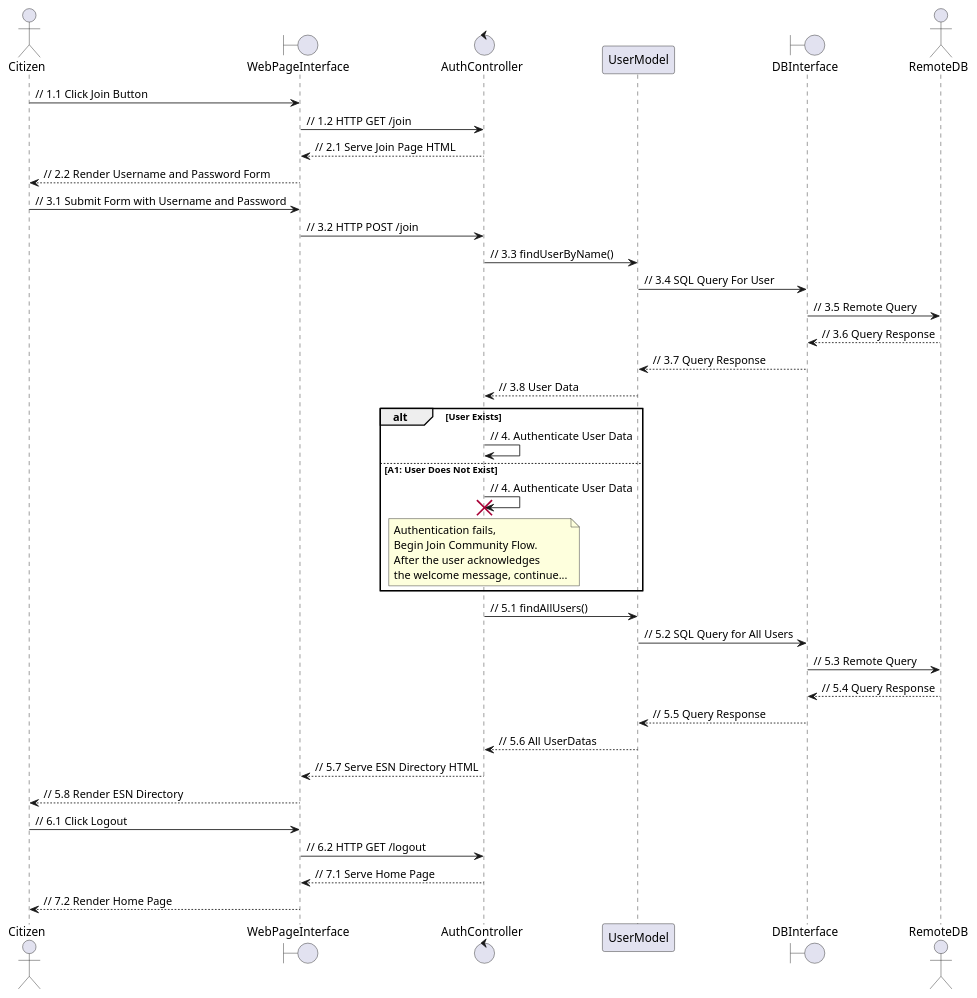
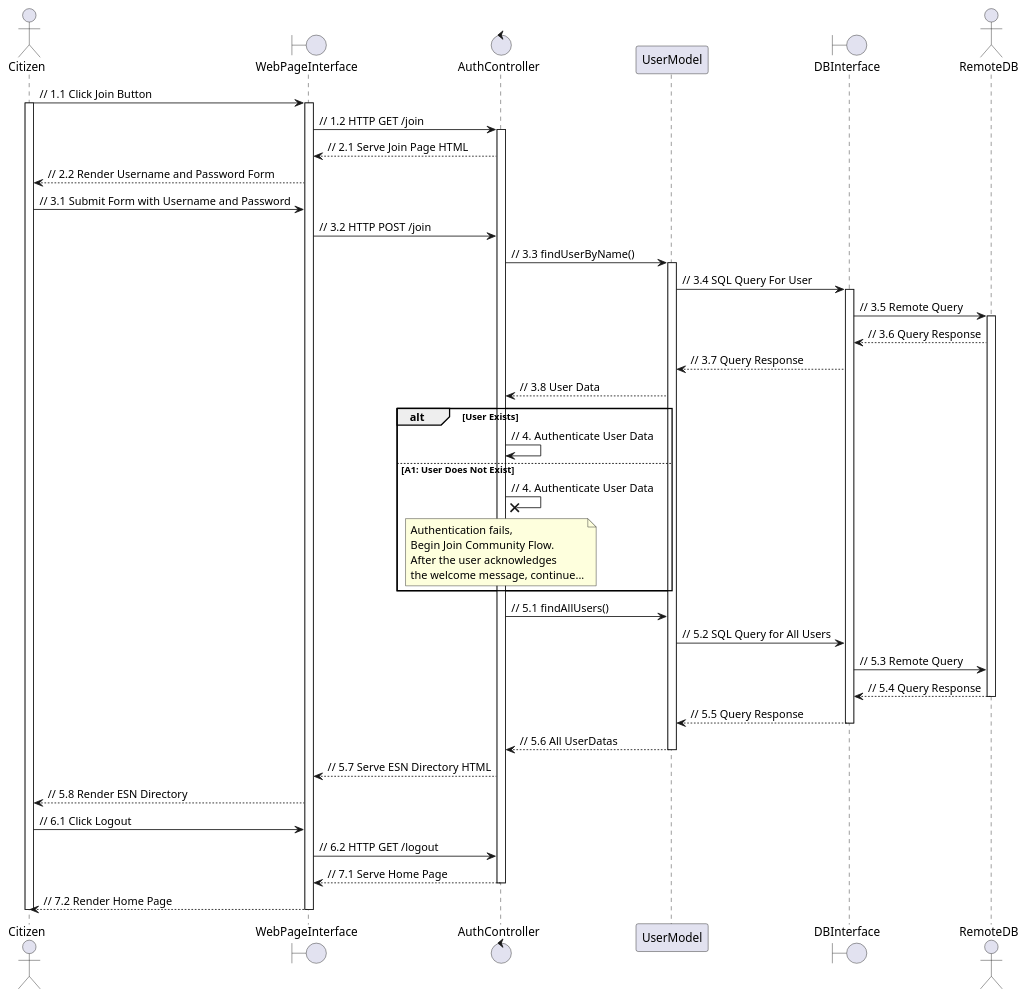
Before and after one commit to Lorilandly/ESN: the diagram in docs/ooa/login-logout/sequence.puml, drawn with PlantUML.

Commit message:
Add lifespans to participants

```diff
--- a/docs/ooa/login-logout/sequence.puml
+++ b/docs/ooa/login-logout/sequence.puml
@@ -1,52 +1,64 @@
 @startuml
 
 actor Citizen as c
 boundary WebPageInterface as w
 control AuthController as a
 participant UserModel as u
 boundary DBInterface as db
 actor RemoteDB as rdb
 
 c -> w : // 1.1 Click Join Button
+activate c
+activate w
 w -> a : // 1.2 HTTP GET /join
+activate a
 a --> w : // 2.1 Serve Join Page HTML 
 w --> c : // 2.2 Render Username and Password Form
 c -> w : // 3.1 Submit Form with Username and Password
 w -> a : // 3.2 HTTP POST /join
 a -> u : // 3.3 findUserByName()
+activate u
 u -> db : // 3.4 SQL Query For User
+activate db
 db -> rdb : // 3.5 Remote Query
+activate rdb
 rdb --> db : // 3.6 Query Response
 db --> u : // 3.7 Query Response
 u --> a : // 3.8 User Data
 
 alt User Exists
 a -> a : // 4. Authenticate User Data
 
 else A1: User Does Not Exist
 
-a -> a !! : // 4. Authenticate User Data
+a ->x a : // 4. Authenticate User Data
 
 note over a
 Authentication fails,
 Begin Join Community Flow.
 After the user acknowledges
 the welcome message, continue...
 end note
 
 end
 
 a -> u : // 5.1 findAllUsers()
 u -> db : // 5.2 SQL Query for All Users
 db -> rdb : // 5.3 Remote Query
 rdb --> db : // 5.4 Query Response
+deactivate rdb
 db --> u : // 5.5 Query Response
+deactivate db
 u --> a : // 5.6 All UserDatas
+deactivate u
 a --> w : // 5.7 Serve ESN Directory HTML
 w --> c : // 5.8 Render ESN Directory
 c -> w : // 6.1 Click Logout
 w -> a : // 6.2 HTTP GET /logout
 a --> w : // 7.1 Serve Home Page
+deactivate a
 w --> c : // 7.2 Render Home Page
+deactivate w
+deactivate c
 
 @enduml
```
